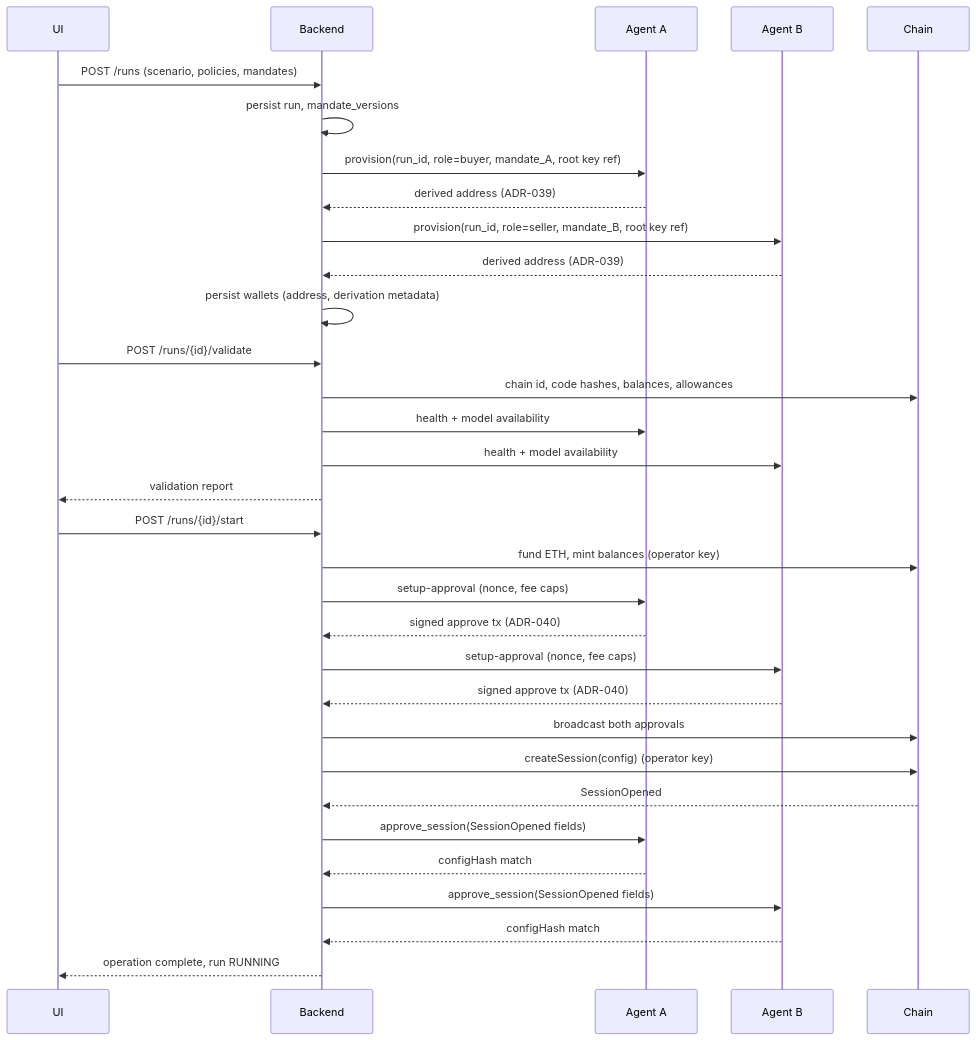
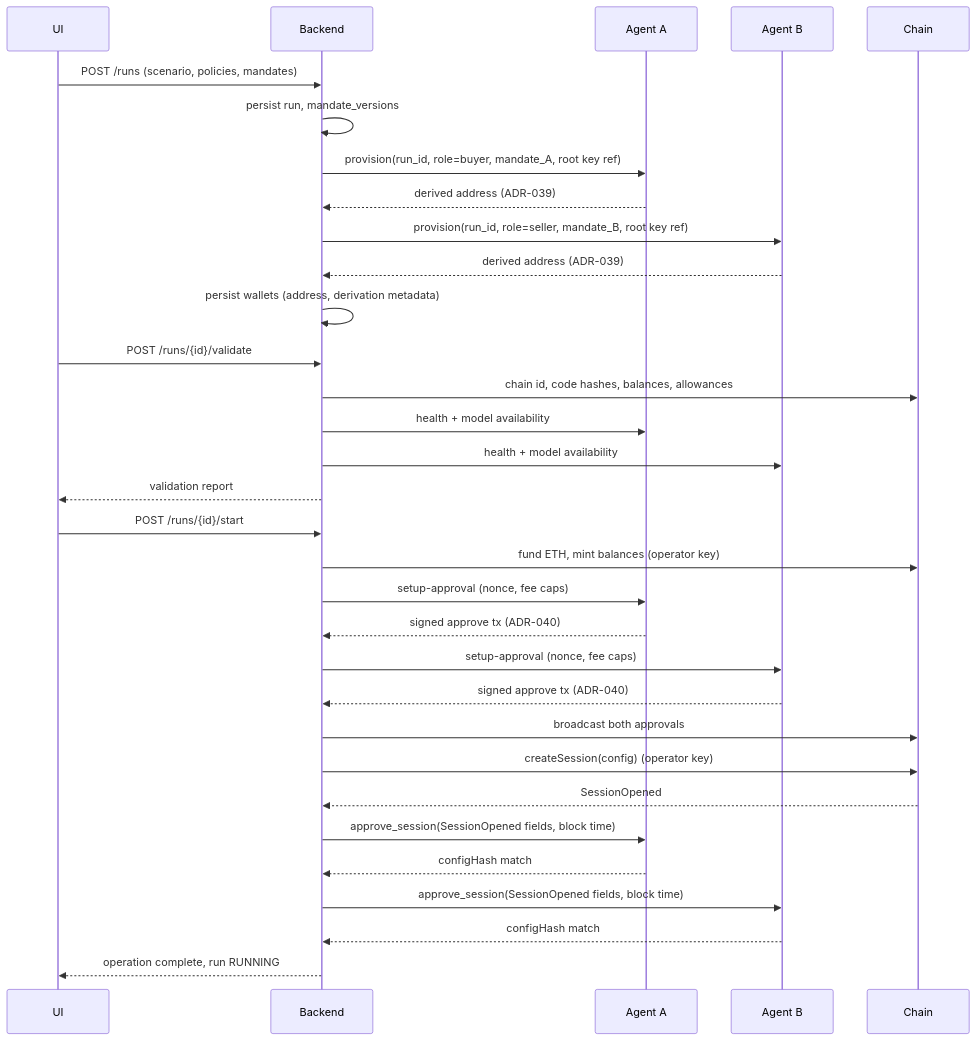
The fourth of 8 diagrams in docs/architecture.md (Jason-Dorman/agentic_negotiators_sbx), drawn with Mermaid before and after one commit. The commit also changed other lines of this file and 74 other files, not shown here.

````diff
--- a/docs/architecture.md
+++ b/docs/architecture.md
@@ -192,34 +197,34 @@
 ```mermaid
 sequenceDiagram
     participant UI
     participant API as Backend
     participant AA as Agent A
     participant AB as Agent B
     participant CH as Chain
     UI->>API: POST /runs (scenario, policies, mandates)
     API->>API: persist run, mandate_versions
     API->>AA: provision(run_id, role=buyer, mandate_A, root key ref)
     AA-->>API: derived address (ADR-039)
     API->>AB: provision(run_id, role=seller, mandate_B, root key ref)
     AB-->>API: derived address (ADR-039)
     API->>API: persist wallets (address, derivation metadata)
     UI->>API: POST /runs/{id}/validate
     API->>CH: chain id, code hashes, balances, allowances
     API->>AA: health + model availability
     API->>AB: health + model availability
     API-->>UI: validation report
     UI->>API: POST /runs/{id}/start
     API->>CH: fund ETH, mint balances (operator key)
     API->>AA: setup-approval (nonce, fee caps)
     AA-->>API: signed approve tx (ADR-040)
     API->>AB: setup-approval (nonce, fee caps)
     AB-->>API: signed approve tx (ADR-040)
     API->>CH: broadcast both approvals
     API->>CH: createSession(config) (operator key)
     CH-->>API: SessionOpened
-    API->>AA: approve_session(SessionOpened fields)
+    API->>AA: approve_session(SessionOpened fields, block time)
     AA-->>API: configHash match
-    API->>AB: approve_session(SessionOpened fields)
+    API->>AB: approve_session(SessionOpened fields, block time)
     AB-->>API: configHash match
     API-->>UI: operation complete, run RUNNING
 ```
````
